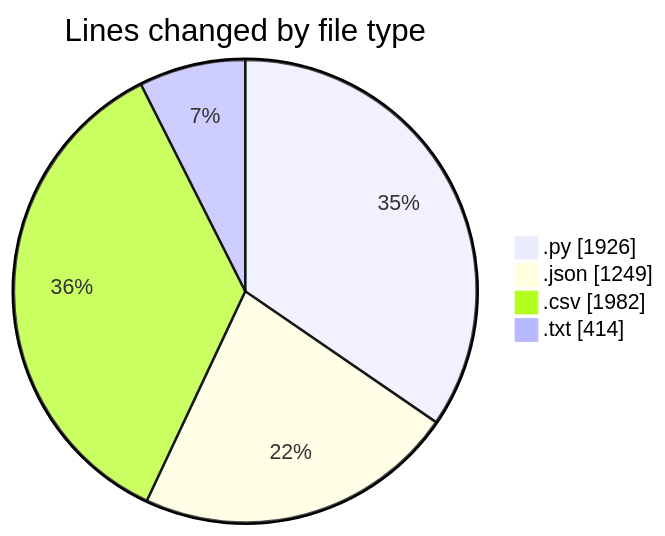
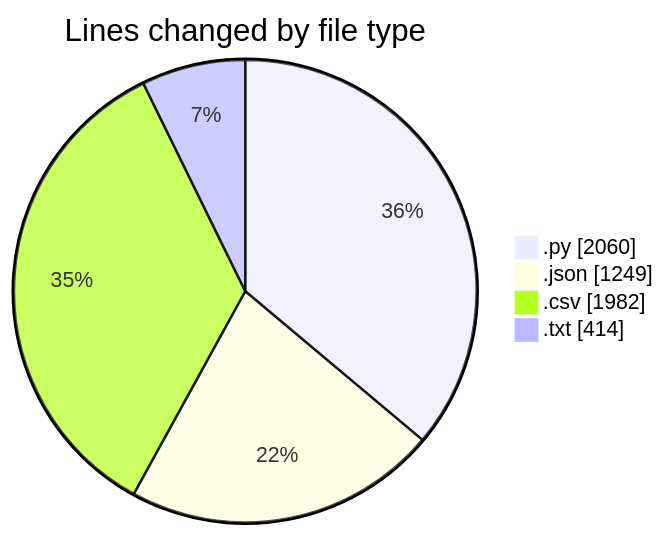
The first of 2 diagrams in 2025-07-28/refunds/README.md (EIIisD/code-tracking), drawn with Mermaid before and after one commit. The commit also changed other lines of this file and 1 other file, not shown here.

````diff
--- a/2025-07-28/refunds/README.md
+++ b/2025-07-28/refunds/README.md
@@ -25,8 +25,8 @@
 ```mermaid
 pie showData
 title Lines changed by file type
-".py" : 1926
+".py" : 2060
 ".json" : 1249
 ".csv" : 1982
 ".txt" : 414
 ```
````
